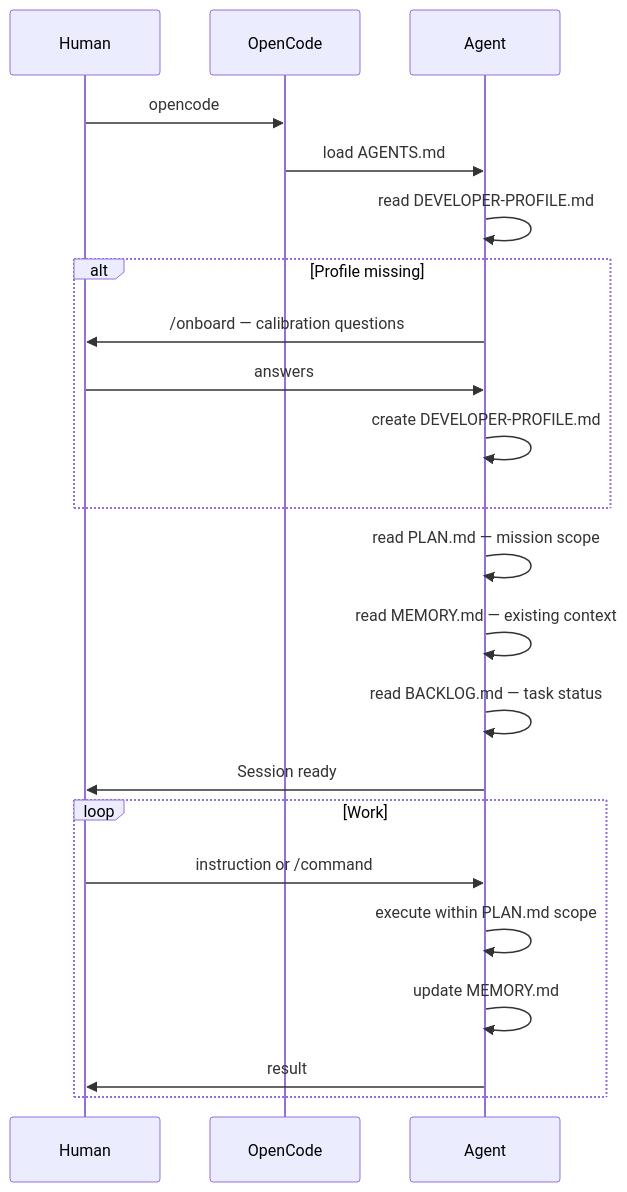
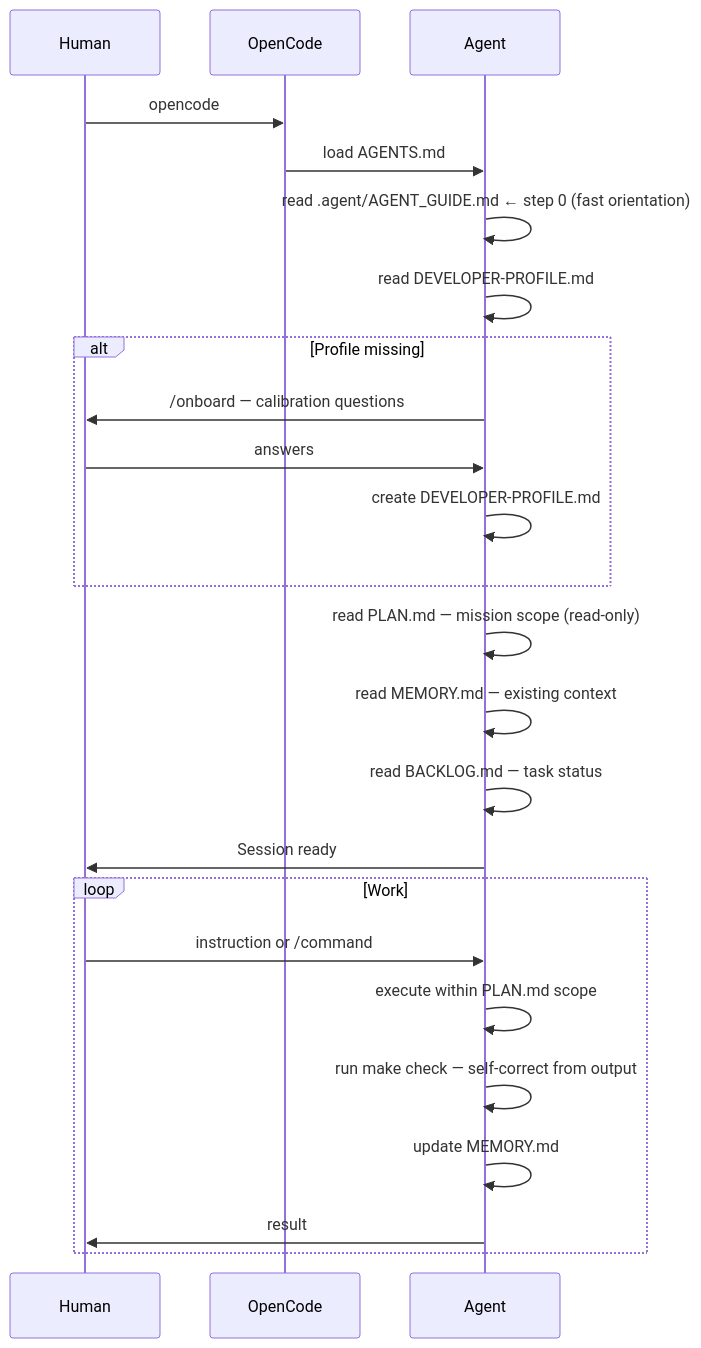
Before and after one commit to ba544a7c93f99fcc91e78e0c49c2008c/opencode-starter: the second of 6 diagrams in README.md, drawn with Mermaid. The commit also changed other lines of this file, not shown here.

Commit message:
docs: update README — new diagrams for quality gate, self-test, /propose flow, updated structure tree

````diff
--- a/README.md
+++ b/README.md
@@ -60,25 +57,27 @@
 ```mermaid
 sequenceDiagram
     participant H as Human
     participant OC as OpenCode
     participant A as Agent
 
     H->>OC: opencode
     OC->>A: load AGENTS.md
+    A->>A: read .agent/AGENT_GUIDE.md  ← step 0 (fast orientation)
     A->>A: read DEVELOPER-PROFILE.md
     alt Profile missing
         A->>H: /onboard — calibration questions
         H->>A: answers
         A->>A: create DEVELOPER-PROFILE.md
     end
-    A->>A: read PLAN.md — mission scope
+    A->>A: read PLAN.md — mission scope (read-only)
     A->>A: read MEMORY.md — existing context
     A->>A: read BACKLOG.md — task status
     A->>H: Session ready
     loop Work
         H->>A: instruction or /command
         A->>A: execute within PLAN.md scope
+        A->>A: run make check — self-correct from output
         A->>A: update MEMORY.md
         A->>H: result
     end
 ```
````
